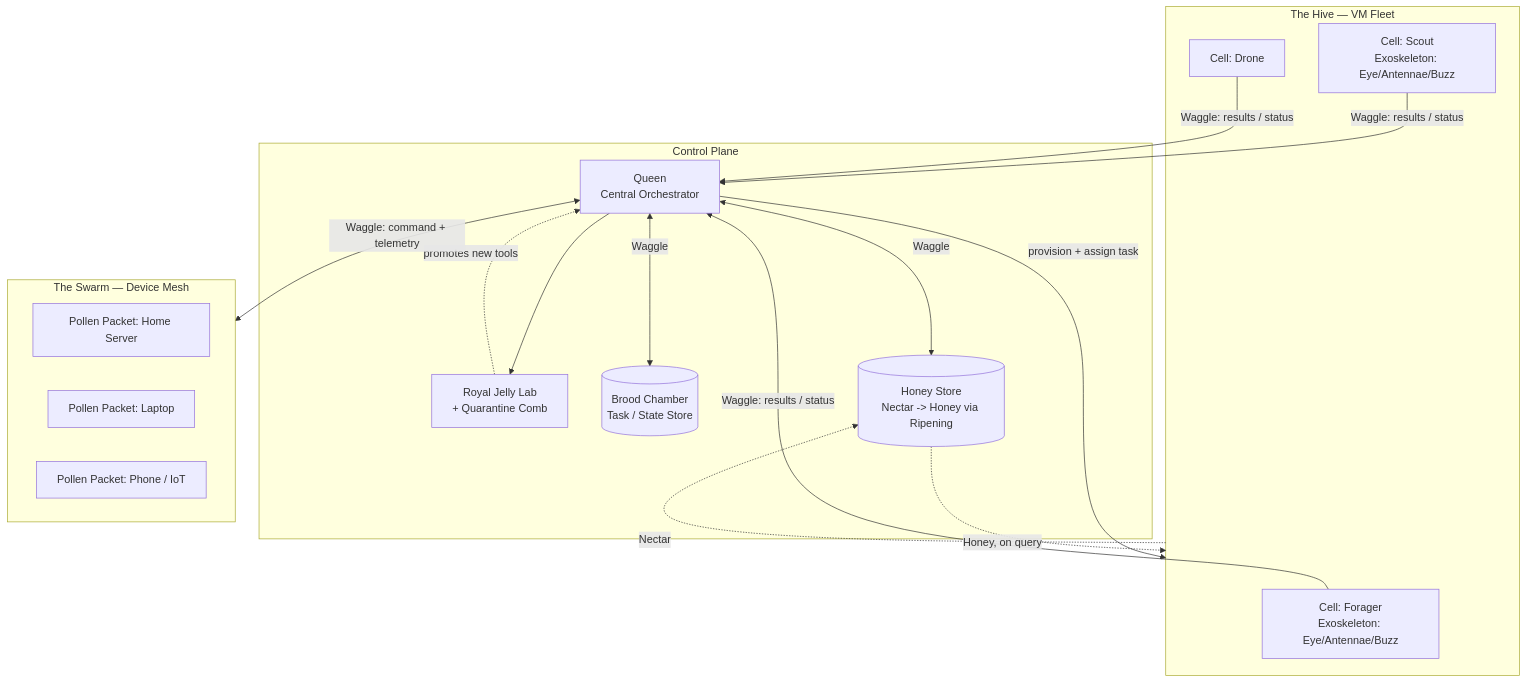
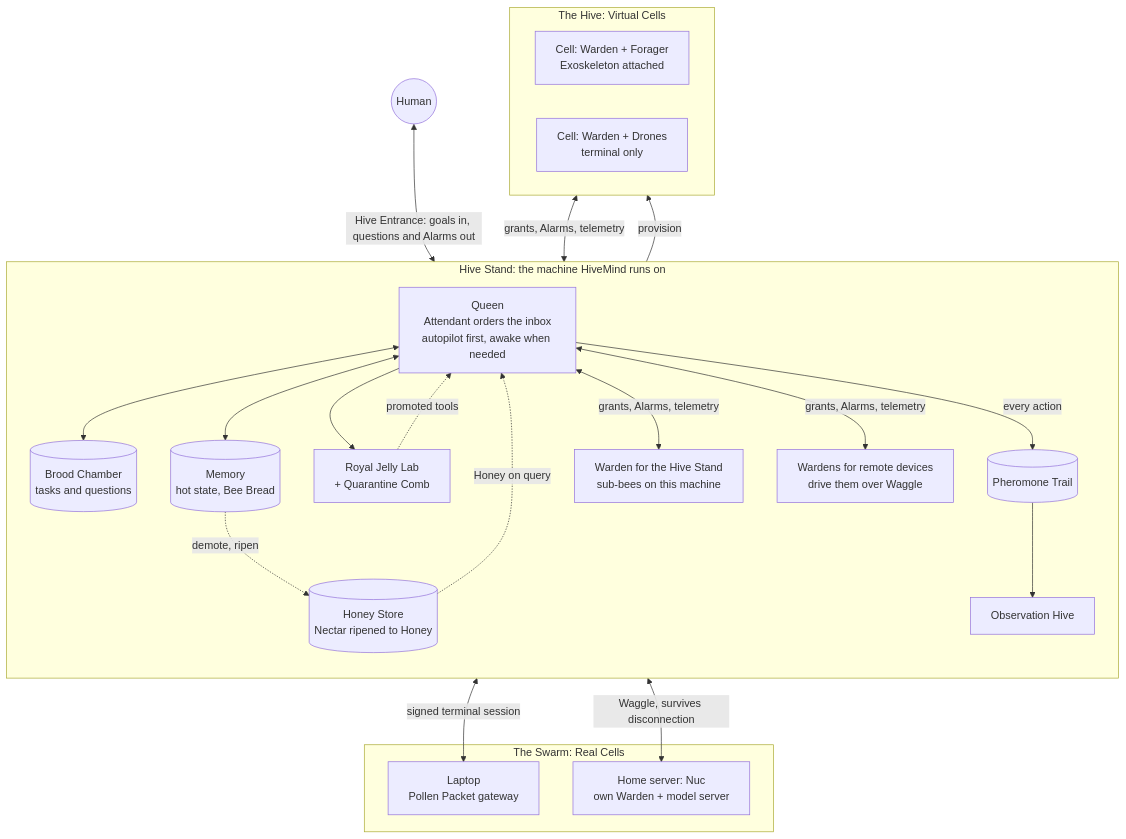
Before and after one commit to JustinV200/Hivemind: the diagram in README.md, drawn with Mermaid. The commit also changed other lines of this file and 4 other files, not shown here.

Commit message:
Roadmap updated and scope of project fleshed out

````diff
--- a/README.md
+++ b/README.md
@@ -114,35 +233,43 @@
 ```mermaid
 flowchart TB
-    subgraph Control Plane
-        Q[Queen<br/>Central Orchestrator]
-        RJ[Royal Jelly Lab<br/>+ Quarantine Comb]
-        BC[(Brood Chamber<br/>Task / State Store)]
-        HS[(Honey Store<br/>Nectar -> Honey via Ripening)]
+    H(("Human"))
+
+    subgraph Stand["Hive Stand: the machine HiveMind runs on"]
+        direction TB
+        Q["Queen<br/>Attendant orders the inbox<br/>autopilot first, awake when needed"]
+        BC[("Brood Chamber<br/>tasks and questions")]
+        MEM[("Memory<br/>hot state, Bee Bread")]
+        HS[("Honey Store<br/>Nectar ripened to Honey")]
+        RJ["Royal Jelly Lab<br/>+ Quarantine Comb"]
+        PT[("Pheromone Trail")]
+        OBS["Observation Hive"]
+        W0["Warden for the Hive Stand<br/>sub-bees on this machine"]
+        WR["Wardens for remote devices<br/>drive them over Waggle"]
     end
 
-    Q <-->|Waggle| BC
-    Q <-->|Waggle| HS
-    Q --> RJ
-    RJ -. promotes new tools .-> Q
-
-    subgraph Hive[The Hive — VM Fleet]
-        C1[Cell: Forager<br/>Exoskeleton: Eye/Antennae/Buzz]
-        C2[Cell: Scout<br/>Exoskeleton: Eye/Antennae/Buzz]
-        C3[Cell: Drone]
+    subgraph Hive["The Hive: Virtual Cells"]
+        V1["Cell: Warden + Forager<br/>Exoskeleton attached"]
+        V2["Cell: Warden + Drones<br/>terminal only"]
     end
 
-    Q -->|provision + assign task| Hive
-    C1 -->|Waggle: results / status| Q
-    C2 -->|Waggle: results / status| Q
-    C3 -->|Waggle: results / status| Q
-    Hive -.->|Nectar| HS
-    HS -.->|Honey, on query| Hive
-
-    subgraph Swarm[The Swarm — Device Mesh]
-        D1[Pollen Packet: Home Server]
-        D2[Pollen Packet: Laptop]
-        D3[Pollen Packet: Phone / IoT]
+    subgraph Swarm["The Swarm: Real Cells"]
+        D1["Laptop<br/>Pollen Packet gateway"]
+        D2["Home server: Nuc<br/>own Warden + model server"]
     end
 
-    Q <-->|Waggle: command + telemetry| Swarm
+    H <-->|"Hive Entrance: goals in, questions and Alarms out"| Q
+    Q <--> BC
+    Q <--> MEM
+    MEM -.->|"demote, ripen"| HS
+    HS -.->|"Honey on query"| Q
+    Q --> RJ
+    RJ -.->|"promoted tools"| Q
+    Q -->|"every action"| PT
+    PT --> OBS
+    Q <-->|"grants, Alarms, telemetry"| W0
+    Q <-->|"grants, Alarms, telemetry"| WR
+    Q -->|"provision"| Hive
+    Hive <-->|"grants, Alarms, telemetry"| Q
+    WR <-->|"signed terminal session"| D1
+    Q <-->|"Waggle, survives disconnection"| D2
 ```
````
